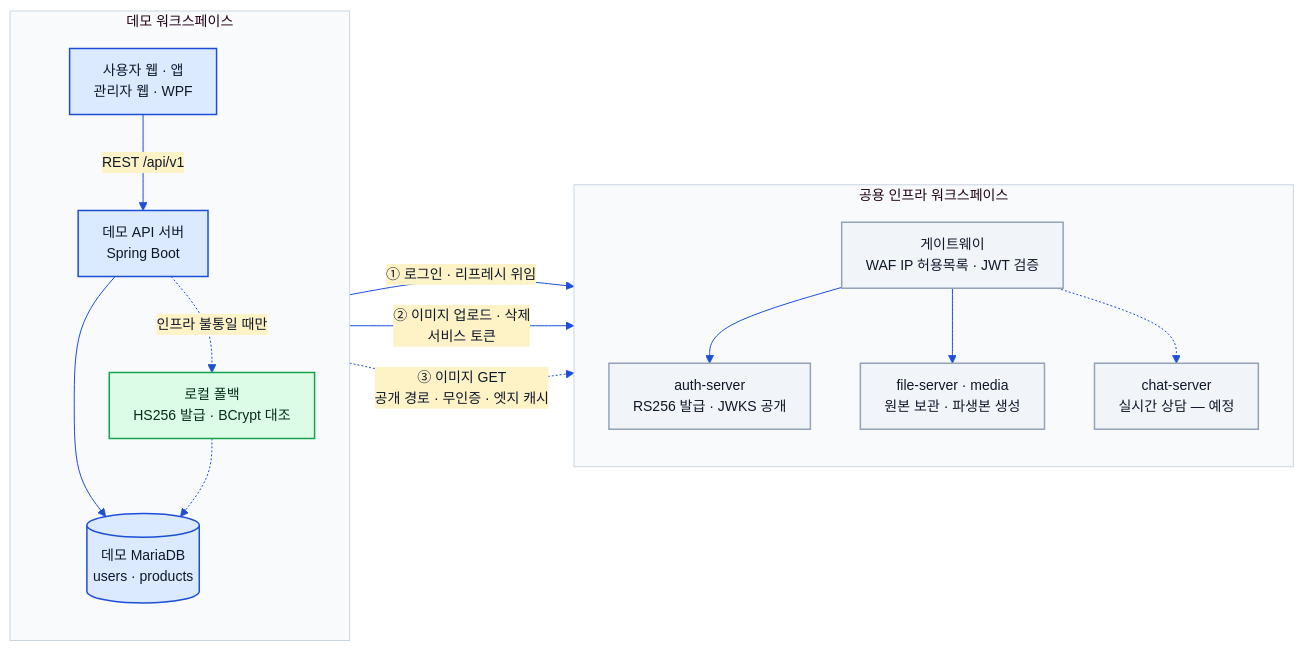
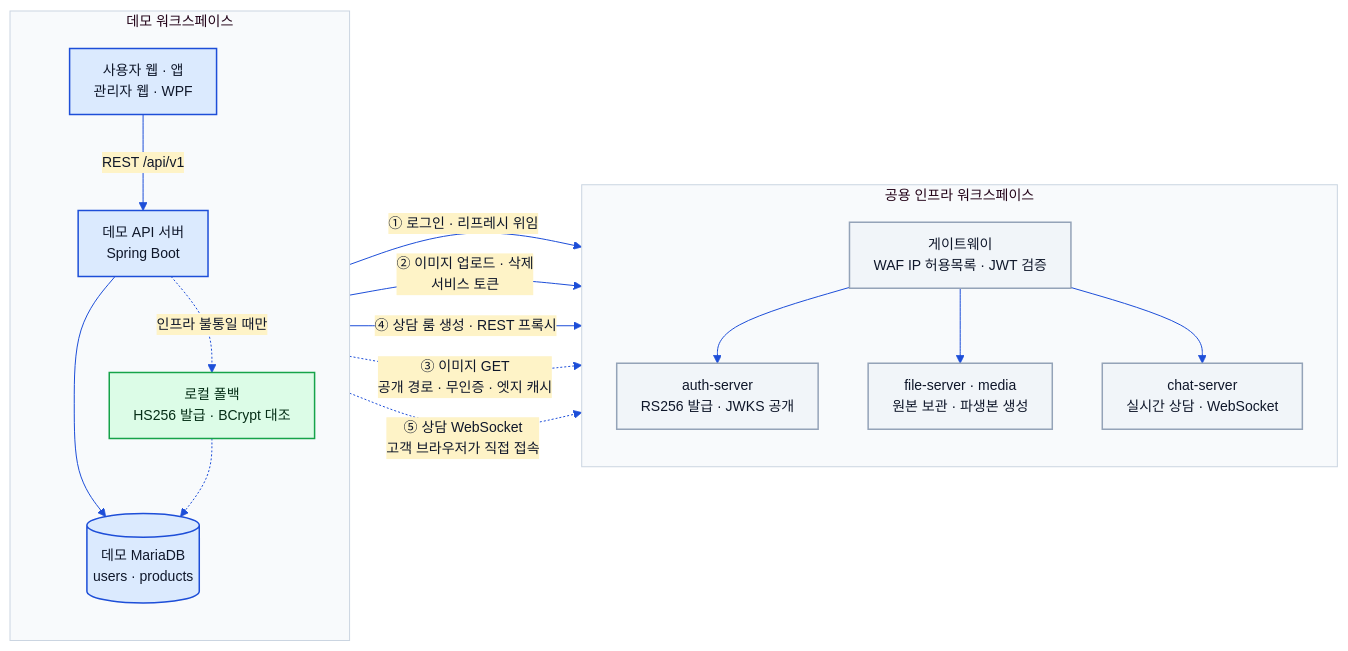
Before and after one commit to s-work-agency/ssw-e-commerce-demo-public: the first of 4 diagrams in docs/architecture/09-infra-integration.md, drawn with Mermaid. The commit also changed other lines of this file and 7 other files, not shown here.

````diff
--- a/docs/architecture/09-infra-integration.md
+++ b/docs/architecture/09-infra-integration.md
@@ -15,38 +16,40 @@
 ```mermaid
 %%{init: {"theme":"base","fontFamily":"Pretendard, Malgun Gothic, sans-serif","themeVariables":{"fontSize":"14px","primaryColor":"#DBEAFE","primaryBorderColor":"#1D4ED8","primaryTextColor":"#0F172A","lineColor":"#1D4ED8","secondaryColor":"#FEF3C7","tertiaryColor":"#DCFCE7","clusterBkg":"#F8FAFC","clusterBorder":"#CBD5E1","noteBkgColor":"#FEF3C7","noteBorderColor":"#D97706","actorBkg":"#DBEAFE","actorBorder":"#1D4ED8","actorTextColor":"#0F172A","signalColor":"#1D4ED8","signalTextColor":"#0F172A","labelBoxBkgColor":"#DBEAFE","labelBoxBorderColor":"#1D4ED8","altSectionBkgColor":"#F8FAFC"},"flowchart":{"curve":"basis","htmlLabels":true,"padding":12}}}%%
 %% 공통 브랜드 테마 — architecture/*.md 전 다이어그램에 동일한 init 블록이 들어간다. 색을 바꿀 때는 이 폴더 전 파일을 일괄 치환할 것.
 flowchart LR
     subgraph demo["데모 워크스페이스"]
         direction TB
         client["사용자 웹 · 앱<br/>관리자 웹 · WPF"]
         server["데모 API 서버<br/>Spring Boot"]
         fb["로컬 폴백<br/>HS256 발급 · BCrypt 대조"]
         localdb[("데모 MariaDB<br/>users · products")]
         client -->|"REST /api/v1"| server
         server --> localdb
         server -.->|"인프라 불통일 때만"| fb
         fb -.-> localdb
     end
 
     subgraph infra["공용 인프라 워크스페이스"]
         direction TB
         gw["게이트웨이<br/>WAF IP 허용목록 · JWT 검증"]
         auth["auth-server<br/>RS256 발급 · JWKS 공개"]
         file["file-server · media<br/>원본 보관 · 파생본 생성"]
-        chat["chat-server<br/>실시간 상담 — 예정"]
+        chat["chat-server<br/>실시간 상담 · WebSocket"]
         gw --> auth
         gw --> file
-        gw -.-> chat
+        gw --> chat
     end
 
     server -->|"① 로그인 · 리프레시 위임"| gw
     server -->|"② 이미지 업로드 · 삭제<br/>서비스 토큰"| gw
+    server -->|"④ 상담 룸 생성 · REST 프록시"| gw
     client -.->|"③ 이미지 GET<br/>공개 경로 · 무인증 · 엣지 캐시"| file
+    client -.->|"⑤ 상담 WebSocket<br/>고객 브라우저가 직접 접속"| chat
 
     classDef step fill:#DBEAFE,stroke:#1D4ED8,stroke-width:1.5px,color:#0F172A
     classDef ext fill:#F1F5F9,stroke:#94A3B8,stroke-width:1.5px,color:#0F172A
     classDef ok fill:#DCFCE7,stroke:#16A34A,stroke-width:1.5px,color:#052E16
     class client,server,localdb step
     class gw,auth,file,chat ext
     class fb ok
 ```
````
